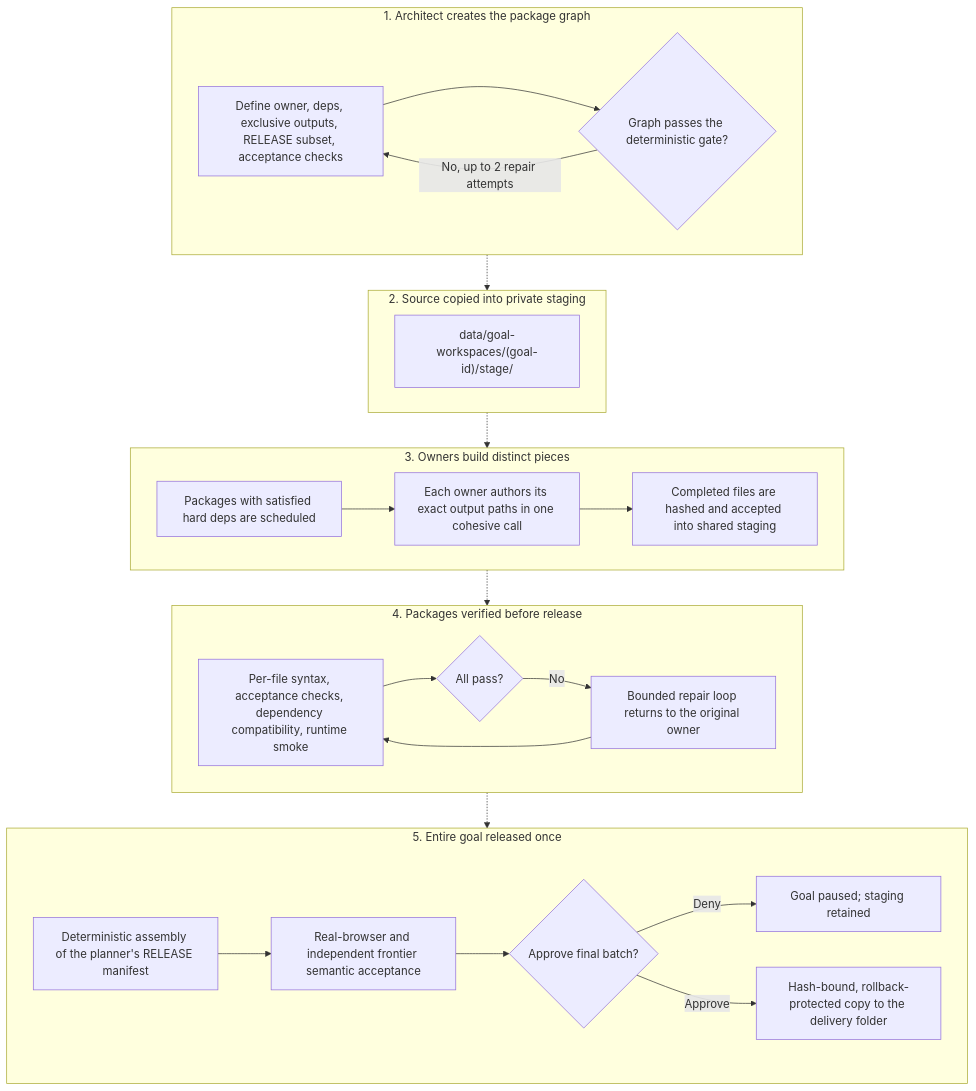
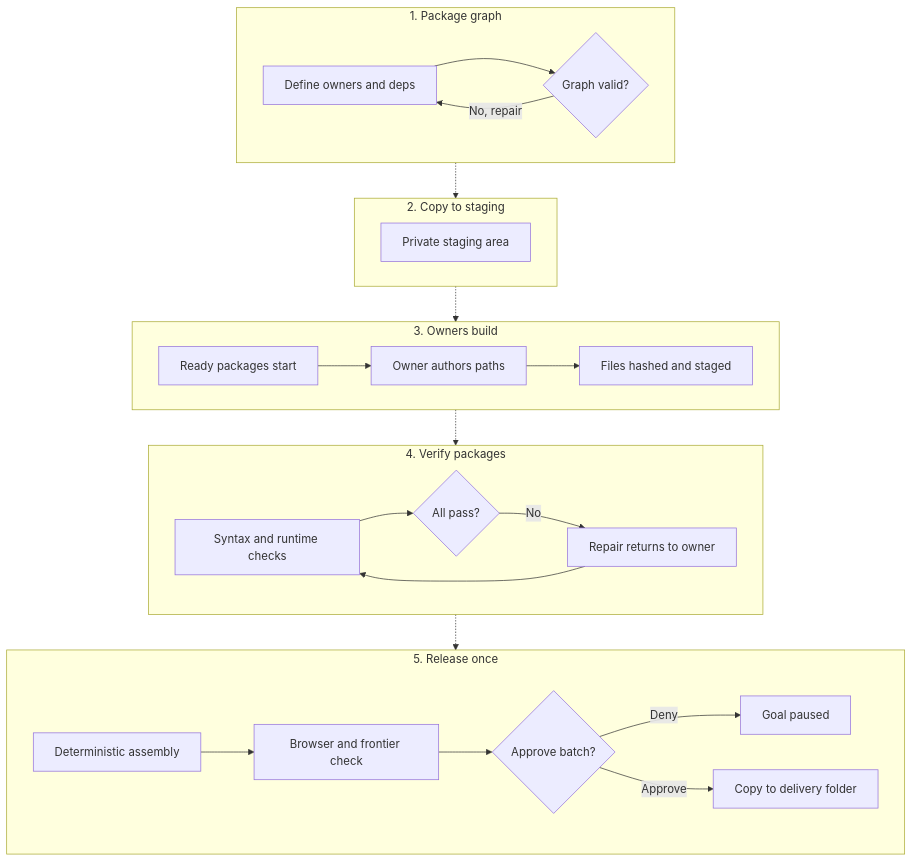
The third of 3 diagrams in README.md (Digitalgods2/gangof8), drawn with Mermaid before and after one commit. The commit also changed other lines of this file, not shown here.

First line of the commit message:
fix: shorten Mermaid labels to avoid GitHub's node-wrap clipping bug

````diff
--- a/README.md
+++ b/README.md
@@ -200,30 +196,30 @@
 ```mermaid
 flowchart TD
-    subgraph PH1["`1. Architect creates the package graph`"]
-        B1["`Define owner, deps, exclusive outputs, RELEASE subset, acceptance checks`"] --> B2{"`Graph passes the deterministic gate?`"}
-        B2 -->|"`No, up to 2 repair attempts`"| B1
+    subgraph PH1["1. Package graph"]
+        B1["Define owners and deps"] --> B2{"Graph valid?"}
+        B2 -->|"No, repair"| B1
     end
 
-    subgraph PH2["`2. Source copied into private staging`"]
-        C1["`data/goal-workspaces/(goal-id)/stage/`"]
+    subgraph PH2["2. Copy to staging"]
+        C1["Private staging area"]
     end
 
-    subgraph PH3["`3. Owners build distinct pieces`"]
-        D1["`Packages with satisfied hard deps are scheduled`"] --> D2["`Each owner authors its exact output paths in one cohesive call`"]
-        D2 --> D3["`Completed files are hashed and accepted into shared staging`"]
+    subgraph PH3["3. Owners build"]
+        D1["Ready packages start"] --> D2["Owner authors paths"]
+        D2 --> D3["Files hashed and staged"]
     end
 
-    subgraph PH4["`4. Packages verified before release`"]
-        E1["`Per-file syntax, acceptance checks, dependency compatibility, runtime smoke`"] --> E2{"`All pass?`"}
-        E2 -->|No| E3["`Bounded repair loop returns to the original owner`"] --> E1
+    subgraph PH4["4. Verify packages"]
+        E1["Syntax and runtime checks"] --> E2{"All pass?"}
+        E2 -->|No| E3["Repair returns to owner"] --> E1
     end
 
-    subgraph PH5["`5. Entire goal released once`"]
-        F1["`Deterministic assembly of the planner's RELEASE manifest`"] --> F2["`Real-browser and independent frontier semantic acceptance`"]
-        F2 --> F3{"`Approve final batch?`"}
-        F3 -->|Deny| F4["`Goal paused; staging retained`"]
-        F3 -->|Approve| F5["`Hash-bound, rollback-protected copy to the delivery folder`"]
+    subgraph PH5["5. Release once"]
+        F1["Deterministic assembly"] --> F2["Browser and frontier check"]
+        F2 --> F3{"Approve batch?"}
+        F3 -->|Deny| F4["Goal paused"]
+        F3 -->|Approve| F5["Copy to delivery folder"]
     end
 
     PH1 -.-> PH2 -.-> PH3 -.-> PH4 -.-> PH5
 ```
````
